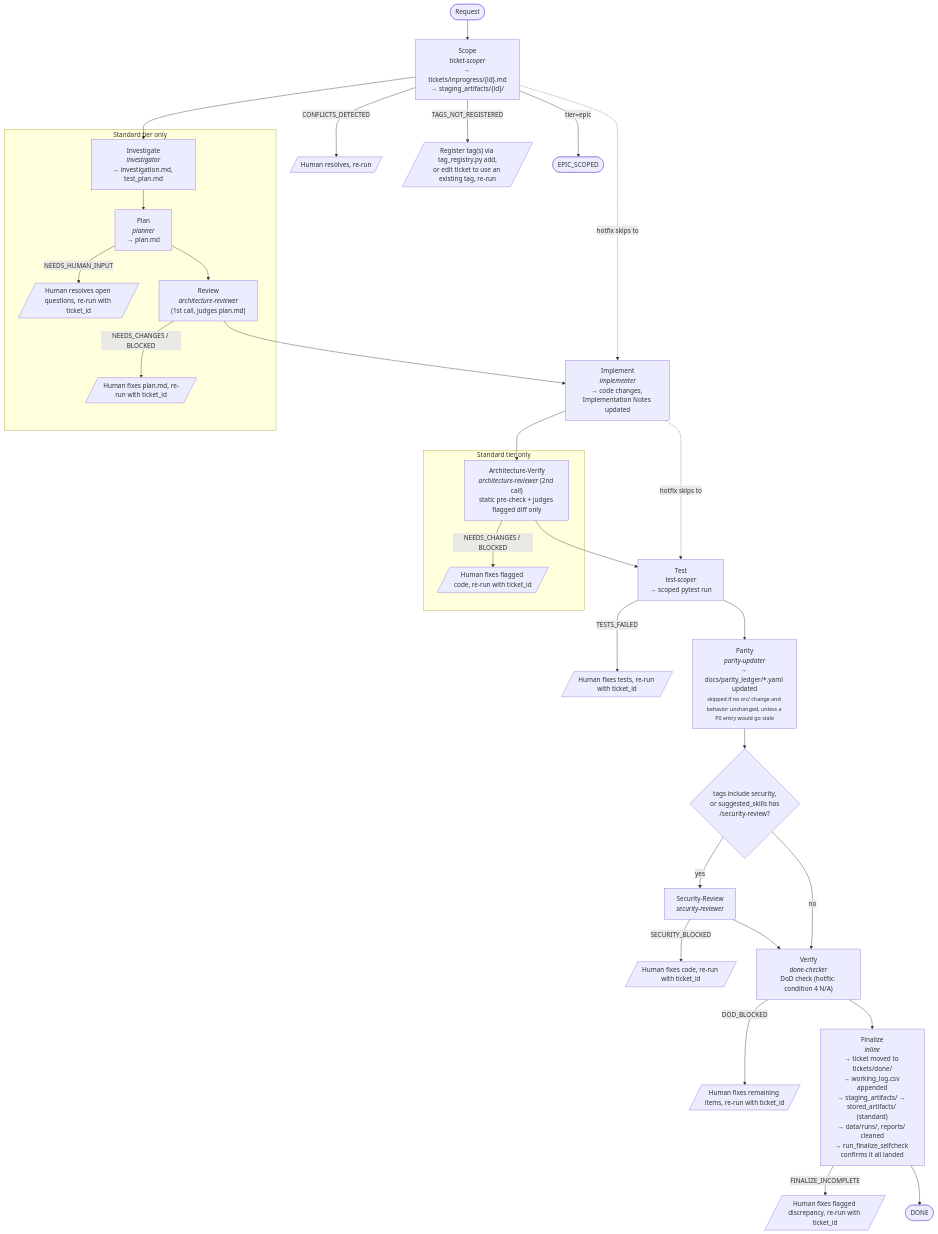
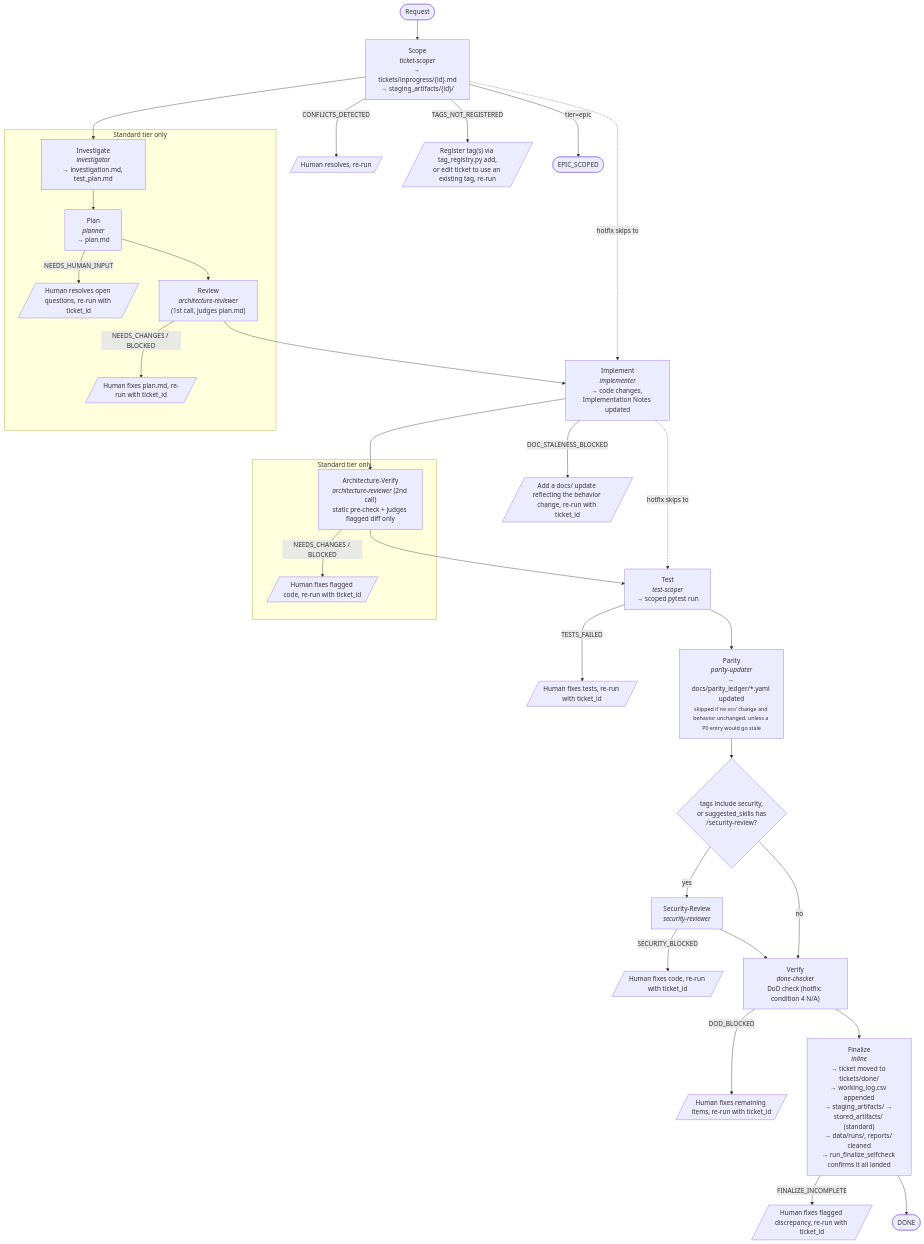
The diagram in docs/ai/ticket-lifecycle.md (ttnhan18062000/rpg-based-simulation), drawn with Mermaid before and after one commit. The commit also changed other lines of this file and 26 other files, not shown here.

First line of the commit message:
TCK-20260720-MONITORING-PIPELINE-BUGFIXES, TCK-20260720-CLAUDE-MD-CONSISTENCY-FIXES, TCK-20260720-DOCS-AI-SCHEMA-ACCURACY, TCK-20260720-GATE-CHECK-WIRING-DECISIONS: close 4 hotfixes from the agent-orchestration audit

````diff
--- a/docs/ai/ticket-lifecycle.md
+++ b/docs/ai/ticket-lifecycle.md
@@ -36,51 +36,53 @@
 ```mermaid
 flowchart TD
     Start([Request]) --> Scope
 
     Scope["Scope<br/><i>ticket-scoper</i><br/>→ tickets/inprogress/{id}.md<br/>→ staging_artifacts/{id}/"]
     Scope -- CONFLICTS_DETECTED --> ScopeFix[/"Human resolves, re-run"/]
     Scope -- TAGS_NOT_REGISTERED --> ScopeTagFix[/"Register tag(s) via tag_registry.py add,<br/>or edit ticket to use an existing tag, re-run"/]
     Scope -- "tier=epic" --> EpicDone(["EPIC_SCOPED"])
     Scope --> Investigate
 
     subgraph StandardOnly ["Standard tier only"]
         Investigate["Investigate<br/><i>investigator</i><br/>→ investigation.md, test_plan.md"] --> Plan
         Plan["Plan<br/><i>planner</i><br/>→ plan.md"]
         Plan -- NEEDS_HUMAN_INPUT --> PlanFix[/"Human resolves open questions, re-run with ticket_id"/]
         Plan --> Review
         Review["Review<br/><i>architecture-reviewer</i><br/>(1st call, judges plan.md)"]
         Review -- "NEEDS_CHANGES / BLOCKED" --> ReviewFix[/"Human fixes plan.md, re-run with ticket_id"/]
     end
 
     Review --> Implement
     Scope -. "hotfix skips to" .-> Implement
 
-    Implement["Implement<br/><i>implementer</i><br/>→ code changes, Implementation Notes updated"] --> ArchVerify
+    Implement["Implement<br/><i>implementer</i><br/>→ code changes, Implementation Notes updated"]
+    Implement -- DOC_STALENESS_BLOCKED --> DocStalenessFix[/"Add a docs/ update reflecting the behavior change, re-run with ticket_id"/]
+    Implement --> ArchVerify
 
     subgraph StandardOnly2 ["Standard tier only"]
         ArchVerify["Architecture-Verify<br/><i>architecture-reviewer</i> (2nd call)<br/>static pre-check + judges flagged diff only"]
         ArchVerify -- "NEEDS_CHANGES / BLOCKED" --> ArchVerifyFix[/"Human fixes flagged code, re-run with ticket_id"/]
     end
 
     ArchVerify --> Test
     Implement -. "hotfix skips to" .-> Test
 
     Test["Test<br/><i>test-scoper</i><br/>→ scoped pytest run"]
     Test -- TESTS_FAILED --> TestFix[/"Human fixes tests, re-run with ticket_id"/]
     Test --> Parity
 
     Parity["Parity<br/><i>parity-updater</i><br/>→ docs/parity_ledger/*.yaml updated<br/><small>skipped if no src/ change and behavior unchanged, unless a P0 entry would go stale</small>"] --> SecurityCheck{"tags include security,<br/>or suggested_skills has<br/>/security-review?"}
 
     SecurityCheck -- yes --> Security["Security-Review<br/><i>security-reviewer</i>"]
     Security -- SECURITY_BLOCKED --> SecurityFix[/"Human fixes code, re-run with ticket_id"/]
     Security --> Verify
     SecurityCheck -- no --> Verify
 
     Verify["Verify<br/><i>done-checker</i><br/>DoD check (hotfix: condition 4 N/A)"]
     Verify -- DOD_BLOCKED --> VerifyFix[/"Human fixes remaining items, re-run with ticket_id"/]
     Verify --> Finalize
 
     Finalize["Finalize<br/><i>inline</i><br/>→ ticket moved to tickets/done/<br/>→ working_log.csv appended<br/>→ staging_artifacts/ → stored_artifacts/ (standard)<br/>→ data/runs/, reports/ cleaned<br/>→ run_finalize_selfcheck confirms it all landed"]
     Finalize -- FINALIZE_INCOMPLETE --> FinalizeFix[/"Human fixes flagged discrepancy, re-run with ticket_id"/]
     Finalize --> Done(["DONE"])
 ```
````
